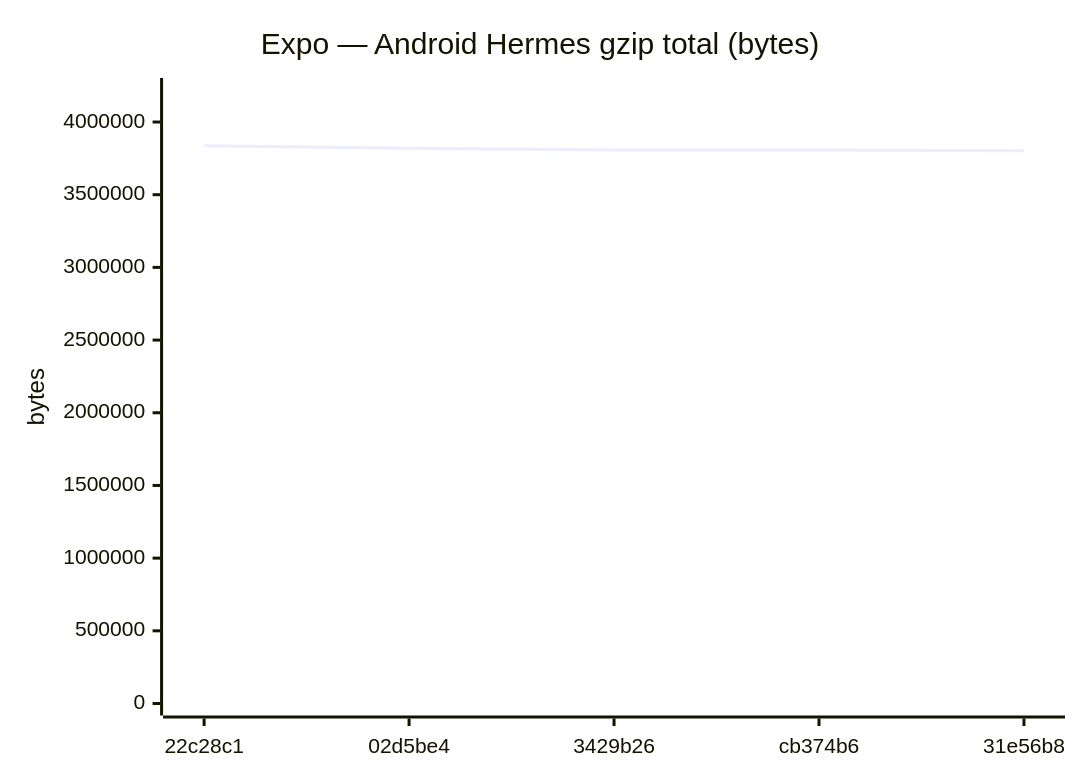
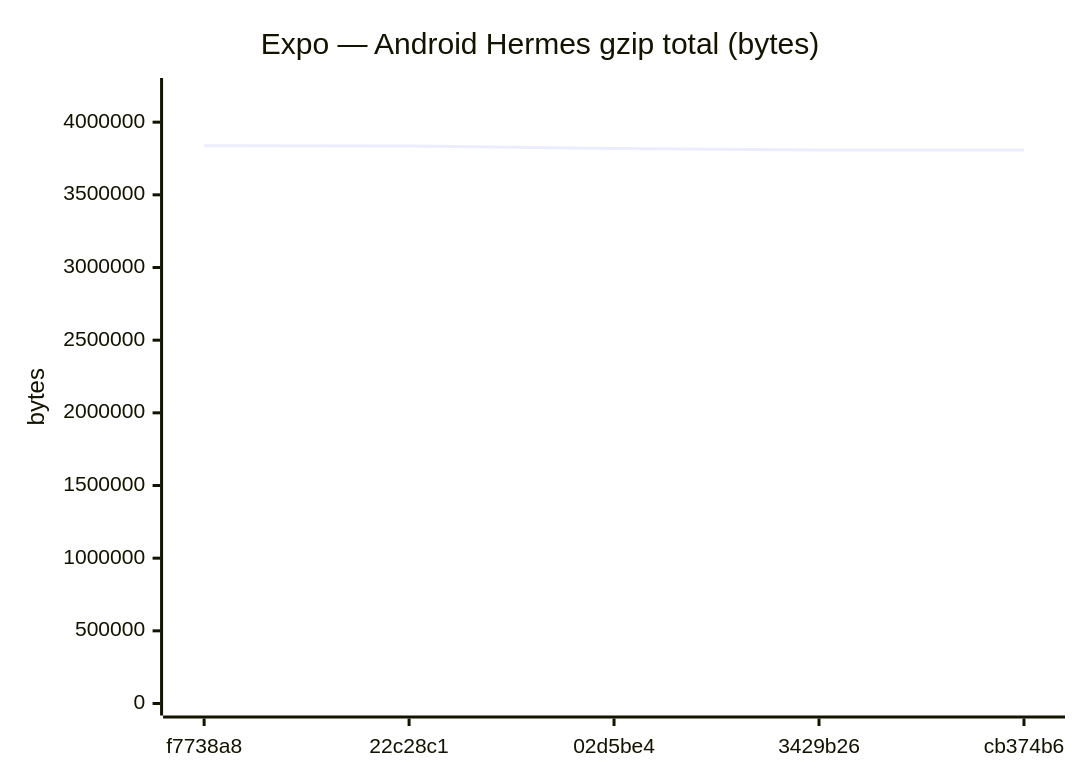
One commit to Metaheurist/Rianell changed diagram 11 of 18 in benchmarks/compare.md. Above: the diagram before and after it, drawn with Mermaid. The commit also changed other lines of this file and 11 other files, not shown here.

````diff
--- a/benchmarks/compare.md
+++ b/benchmarks/compare.md
@@ -172,7 +172,7 @@
 ```mermaid
 xychart-beta
     title "Expo — Android Hermes gzip total (bytes)"
-    x-axis ["22c28c1", "02d5be4", "3429b26", "cb374b6", "31e56b8"]
-    y-axis "bytes" 0 --> 4220310
-    line [3836645, 3819535, 3807947, 3807947, 3802529]
+    x-axis ["f7738a8", "22c28c1", "02d5be4", "3429b26", "cb374b6"]
+    y-axis "bytes" 0 --> 4221380
+    line [3837618, 3836645, 3819535, 3807947, 3807947]
 ```
````
